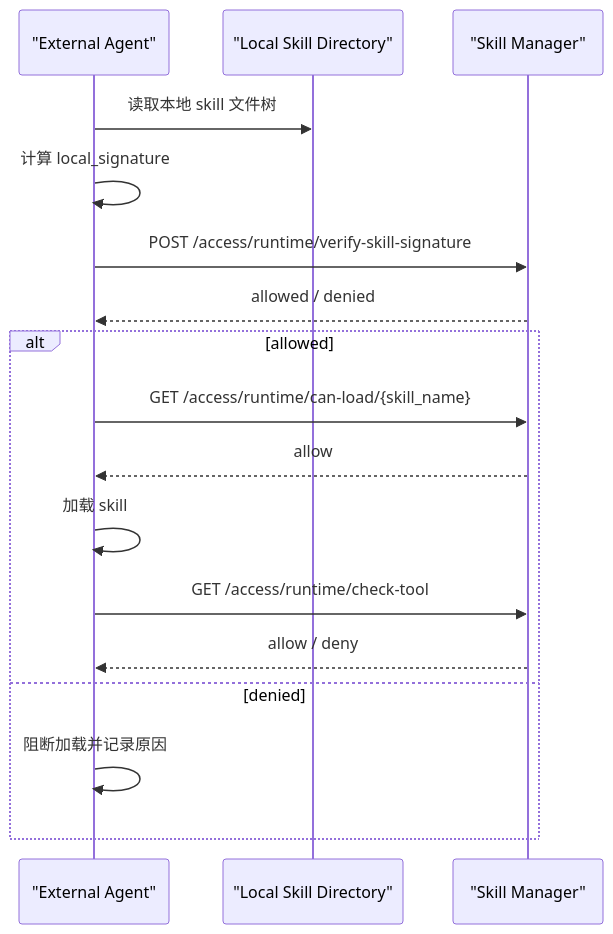
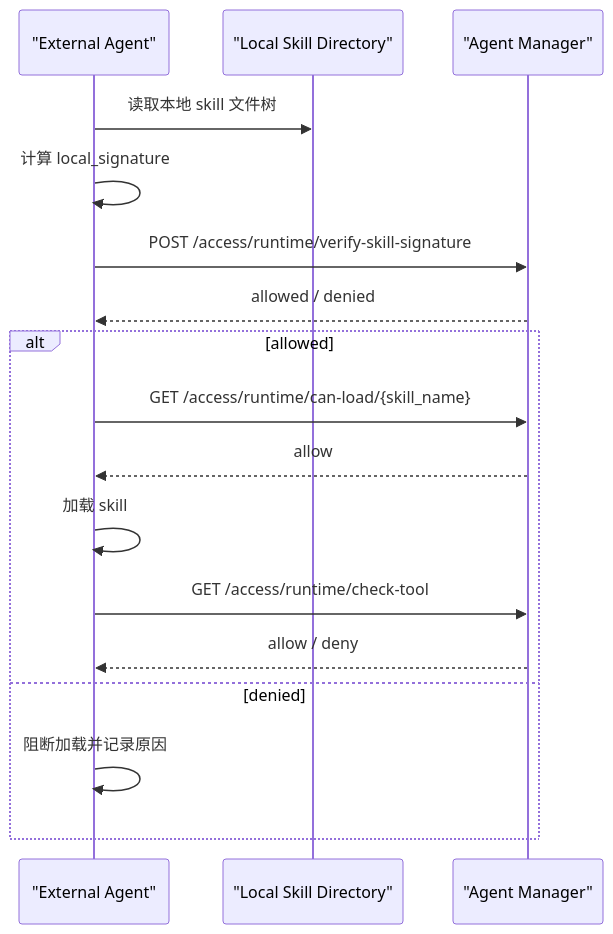
One commit to HuangLuGuang/skill-manager changed the diagram in docs/agent-signature-verification.md. Above: the diagram before and after it, drawn with Mermaid. The commit also changed other lines of this file and 141 other files, not shown here.

First line of the commit message:
refactor: 重命名项目为 Agent Manager，更新前端文案和交互

````diff
--- a/docs/agent-signature-verification.md
+++ b/docs/agent-signature-verification.md
@@ -149,20 +149,20 @@
 ```mermaid
 sequenceDiagram
     participant AG as "External Agent"
     participant FS as "Local Skill Directory"
-    participant SM as "Skill Manager"
+    participant SM as "Agent Manager"
 
     AG->>FS: 读取本地 skill 文件树
     AG->>AG: 计算 local_signature
     AG->>SM: POST /access/runtime/verify-skill-signature
     SM-->>AG: allowed / denied
     alt allowed
         AG->>SM: GET /access/runtime/can-load/{skill_name}
         SM-->>AG: allow
         AG->>AG: 加载 skill
         AG->>SM: GET /access/runtime/check-tool
         SM-->>AG: allow / deny
     else denied
         AG->>AG: 阻断加载并记录原因
     end
 ```
````
